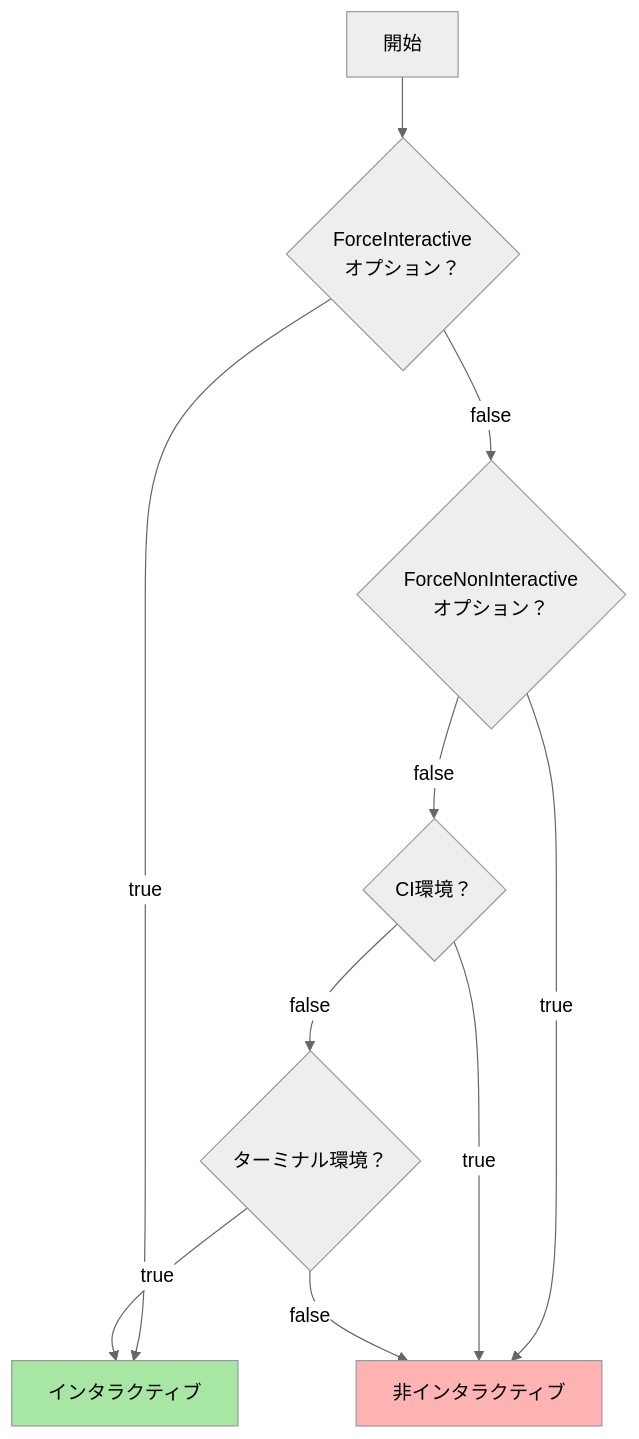
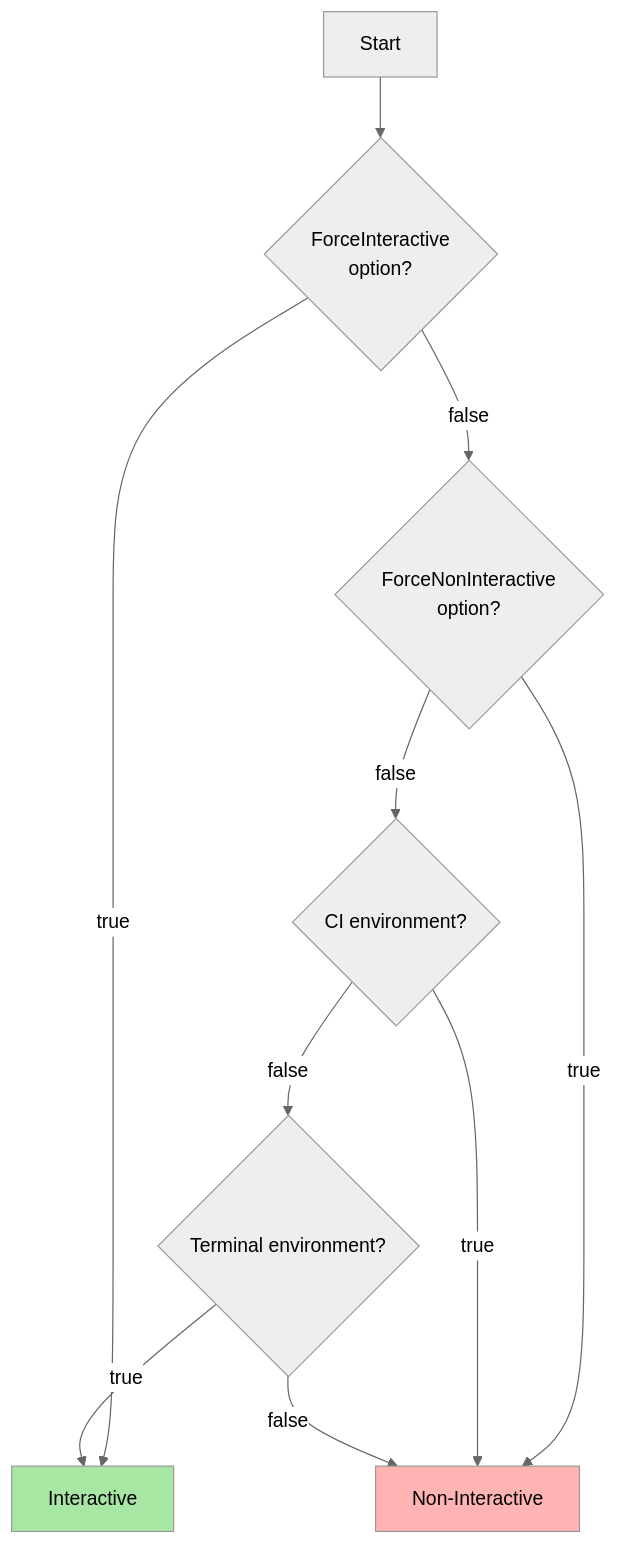
The first of 3 diagrams in docs/terminal-capabilities.md (isseis/go-safe-cmd-runner), drawn with Mermaid (neutral theme) before and after one commit. The commit also changed other lines of this file and 4 other files, not shown here.

````diff
--- a/docs/terminal-capabilities.md
+++ b/docs/terminal-capabilities.md
@@ -16,16 +16,16 @@
 ```mermaid
 flowchart TD
-    A[開始]
-    A --> B{ForceInteractive<br/>オプション？}
-    B -->|true| C[インタラクティブ]
-    B -->|false| D{ForceNonInteractive<br/>オプション？}
-    D -->|true| E[非インタラクティブ]
-    D -->|false| F{CI環境？}
+    A[Start]
+    A --> B{ForceInteractive<br/>option?}
+    B -->|true| C[Interactive]
+    B -->|false| D{ForceNonInteractive<br/>option?}
+    D -->|true| E[Non-Interactive]
+    D -->|false| F{CI environment?}
     F -->|true| E
-    F -->|false| G{ターミナル環境？}
+    F -->|false| G{Terminal environment?}
     G -->|true| C
     G -->|false| E
 
     style C fill:#a8e6a3
     style E fill:#ffb3b3
 ```
````
